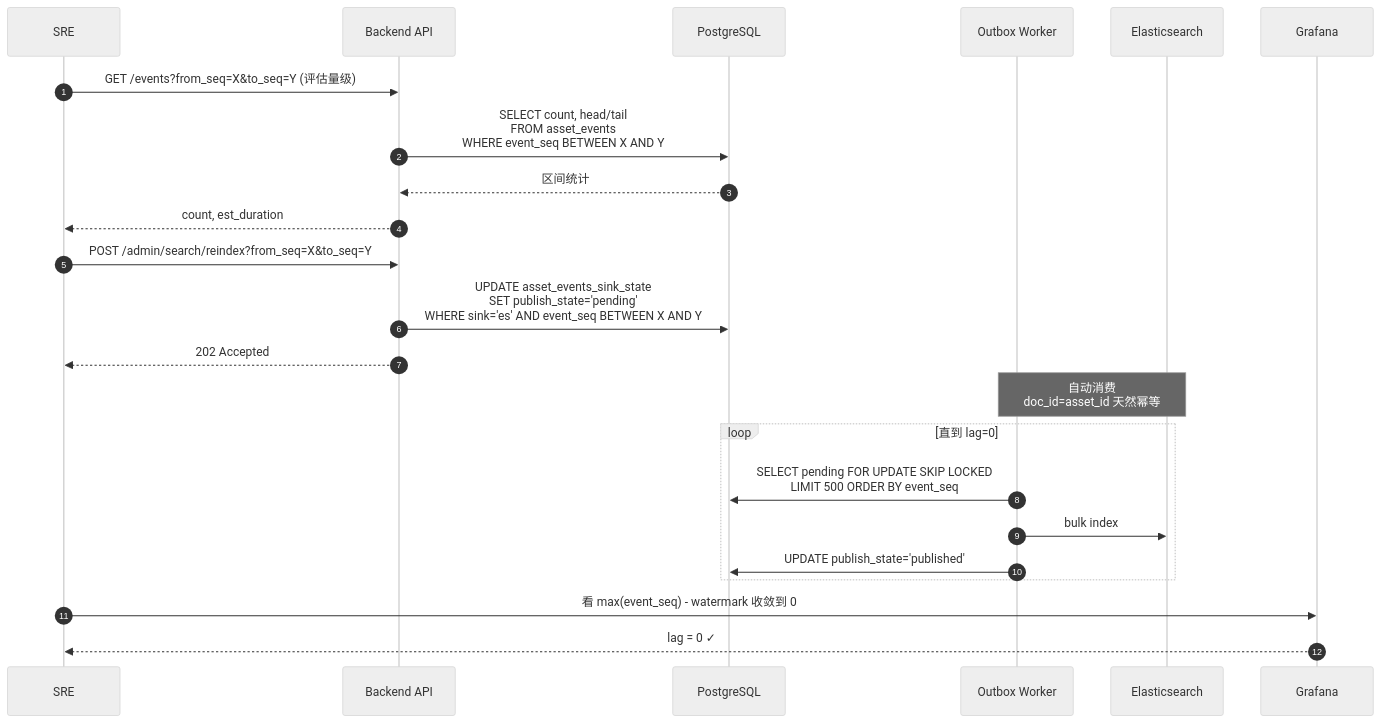
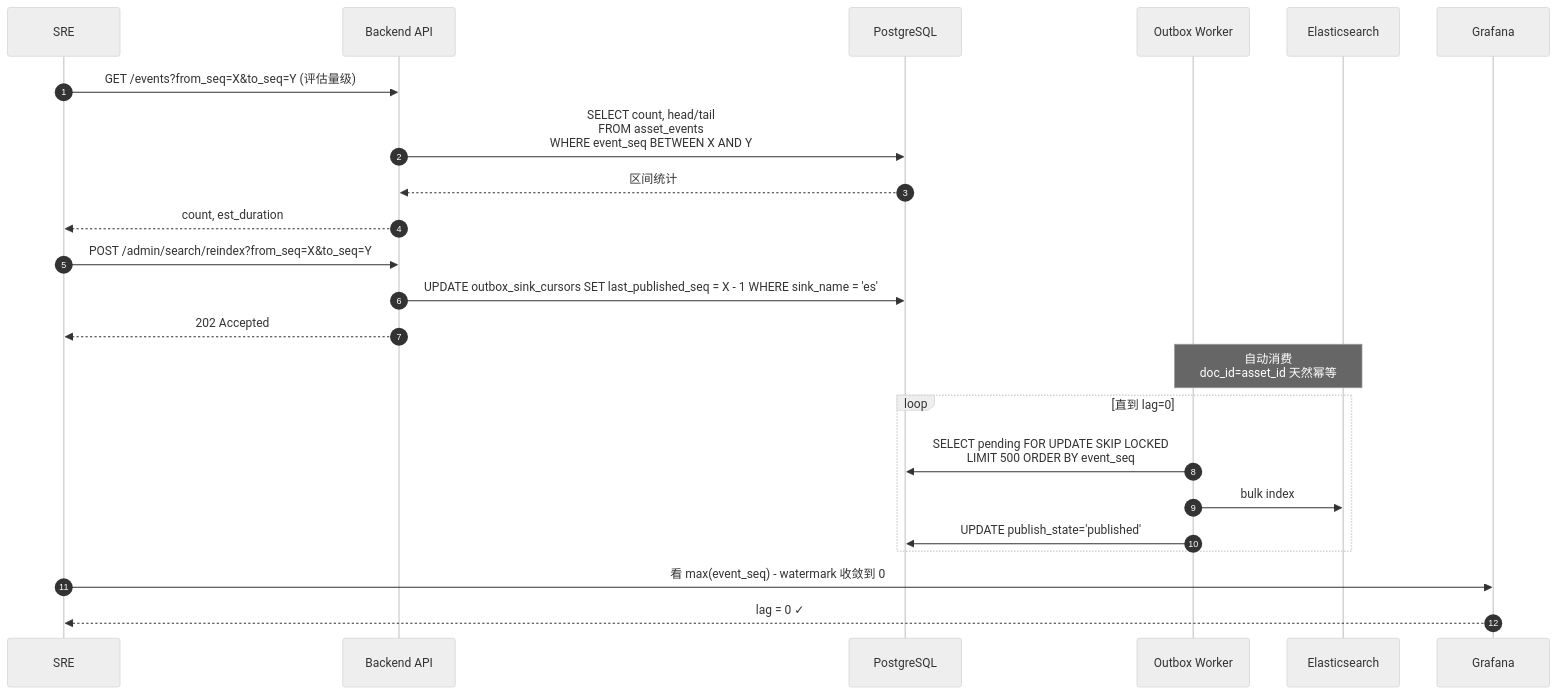
Before and after one commit to rouse2617/Databricks4robot: diagram 19 of 23 in docs/review/data-platform-design.md, drawn with Mermaid (neutral theme). The commit also changed other lines of this file and 4 other files, not shown here.

````diff
--- a/docs/review/data-platform-design.md
+++ b/docs/review/data-platform-design.md
@@ -1456,29 +1450,29 @@
 ```mermaid
 sequenceDiagram
     autonumber
     participant SRE as SRE
     participant API as Backend API
     participant PG as PostgreSQL
     participant Out as Outbox Worker
     participant ES as Elasticsearch
     participant Graf as Grafana
 
     SRE->>API: GET /events?from_seq=X&to_seq=Y (评估量级)
     API->>PG: SELECT count, head/tail<br>FROM asset_events<br>WHERE event_seq BETWEEN X AND Y
     PG-->>API: 区间统计
     API-->>SRE: count, est_duration
 
     SRE->>API: POST /admin/search/reindex?from_seq=X&to_seq=Y
-    API->>PG: UPDATE asset_events_sink_state<br>SET publish_state='pending'<br>WHERE sink='es' AND event_seq BETWEEN X AND Y
+    API->>PG: UPDATE outbox_sink_cursors SET last_published_seq = X - 1 WHERE sink_name = 'es'
     API-->>SRE: 202 Accepted
 
     Note over Out,ES: 自动消费<br>doc_id=asset_id 天然幂等
     loop 直到 lag=0
         Out->>PG: SELECT pending FOR UPDATE SKIP LOCKED<br>LIMIT 500 ORDER BY event_seq
         Out->>ES: bulk index
         Out->>PG: UPDATE publish_state='published'
     end
 
     SRE->>Graf: 看 max(event_seq) - watermark 收敛到 0
     Graf-->>SRE: lag = 0 ✓
 ```
````
